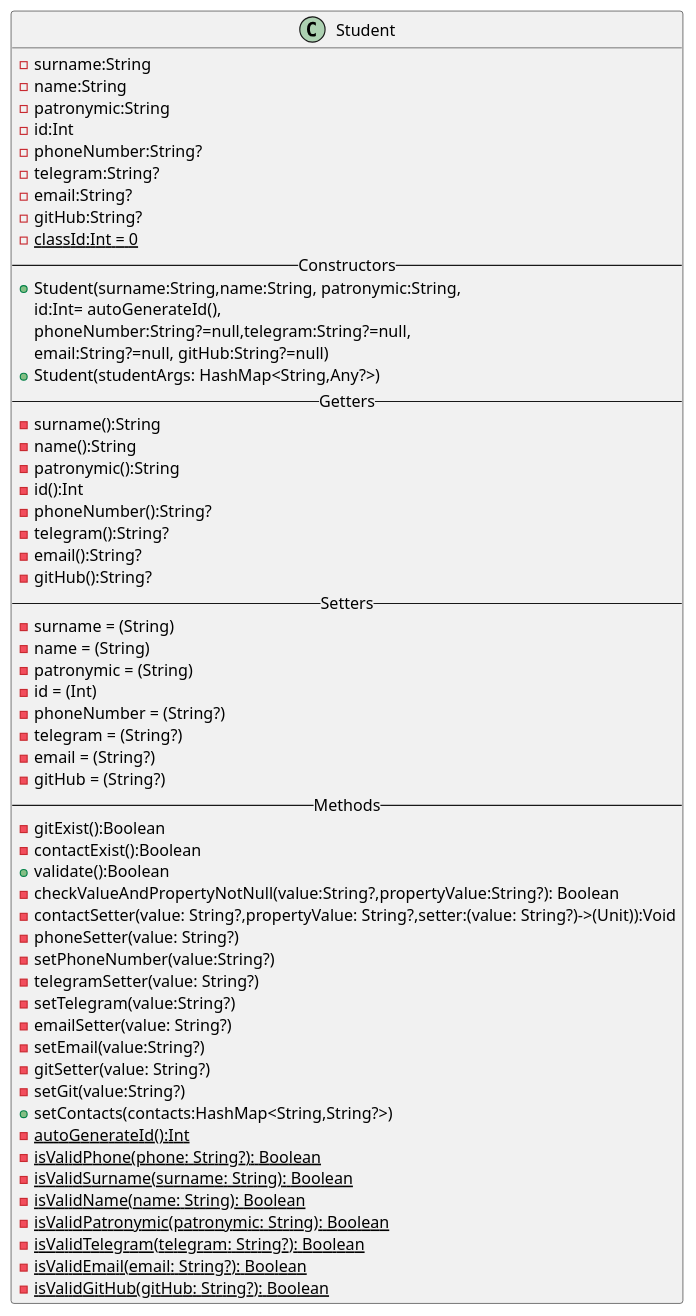
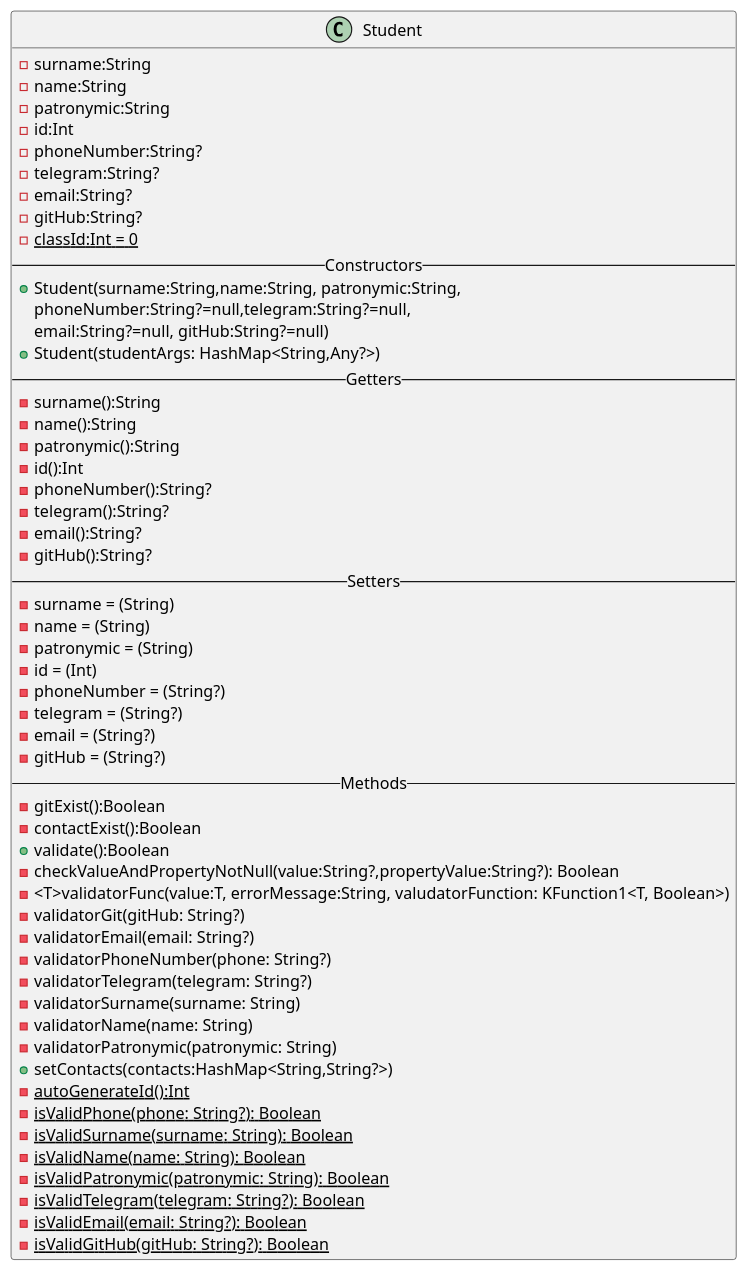
The diagram in lab1/src/Student.puml (Murlocki/kotlin_patterns), drawn with PlantUML before and after one commit. The commit also changed 2 other files, not shown here.

```diff
--- a/lab1/src/Student.puml
+++ b/lab1/src/Student.puml
@@ -1,65 +1,63 @@
 @startuml
 'https://plantuml.com/class-diagram
 
 class Student
 {
     -surname:String
     -name:String
     -patronymic:String
     -id:Int
     -phoneNumber:String?
     -telegram:String?
     -email:String?
     -gitHub:String?
     -{static} classId:Int = 0
     --Constructors--
     +Student(surname:String,name:String, patronymic:String,
-       id:Int= autoGenerateId(),
        phoneNumber:String?=null,telegram:String?=null,
        email:String?=null, gitHub:String?=null)
     +Student(studentArgs: HashMap<String,Any?>)
     --Getters--
     -surname():String
     -name():String
     -patronymic():String
     -id():Int
     -phoneNumber():String?
     -telegram():String?
     -email():String?
     -gitHub():String?
     --Setters--
     -surname = (String)
     -name = (String)
     -patronymic = (String)
     -id = (Int)
     -phoneNumber = (String?)
     -telegram = (String?)
     -email = (String?)
     -gitHub = (String?)
     --Methods--
     -gitExist():Boolean
     -contactExist():Boolean
     +validate():Boolean
     -checkValueAndPropertyNotNull(value:String?,propertyValue:String?): Boolean
-    -contactSetter(value: String?,propertyValue: String?,setter:(value: String?)->(Unit)):Void
-    -phoneSetter(value: String?)
-    -setPhoneNumber(value:String?)
-    -telegramSetter(value: String?)
-    -setTelegram(value:String?)
-    -emailSetter(value: String?)
-    -setEmail(value:String?)
-    -gitSetter(value: String?)
-    -setGit(value:String?)
+    - <T>validatorFunc(value:T, errorMessage:String, valudatorFunction: KFunction1<T, Boolean>)
+    -validatorGit(gitHub: String?)
+    -validatorEmail(email: String?)
+    -validatorPhoneNumber(phone: String?)
+    -validatorTelegram(telegram: String?)
+    -validatorSurname(surname: String)
+    -validatorName(name: String)
+    -validatorPatronymic(patronymic: String)
     +setContacts(contacts:HashMap<String,String?>)
     -{static} autoGenerateId():Int
     -{static} isValidPhone(phone: String?): Boolean
     -{static} isValidSurname(surname: String): Boolean
     -{static} isValidName(name: String): Boolean
     -{static} isValidPatronymic(patronymic: String): Boolean
     -{static} isValidTelegram(telegram: String?): Boolean
     -{static} isValidEmail(email: String?): Boolean
     -{static} isValidGitHub(gitHub: String?): Boolean
 }
 
 
 @enduml
```
